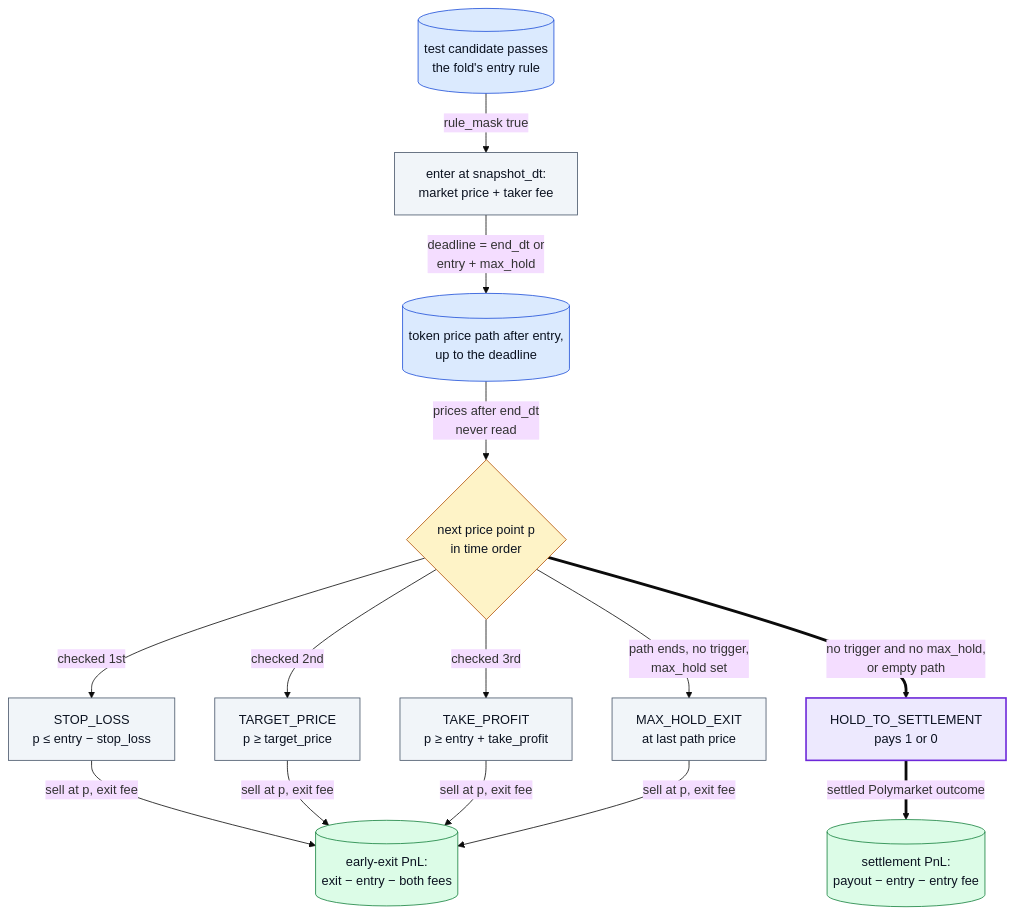
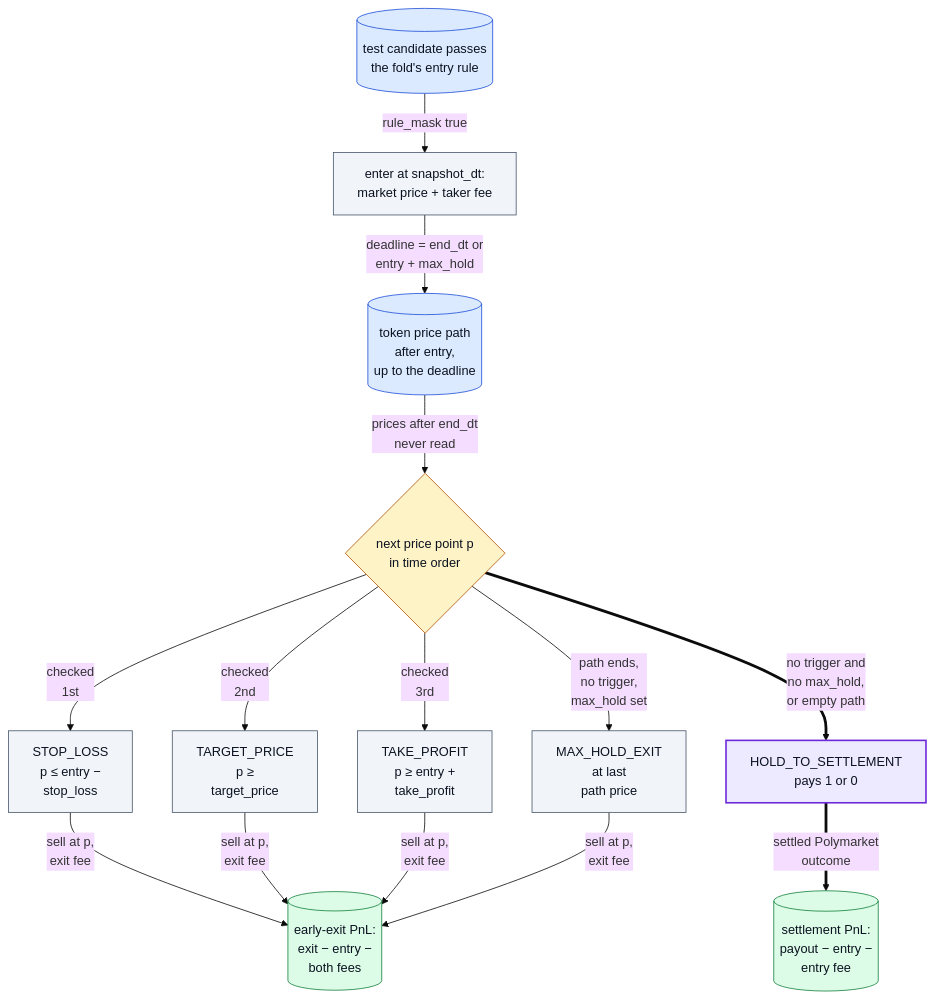
Before and after one commit to oscar-chw/Polymarket-Crypto-5min: the fourth of 4 diagrams in docs/DIAGRAMS.md, drawn with Mermaid (base theme). The commit also changed other lines of this file and 1 other file, not shown here.

Commit message:
docs: make diagrams legible at README width

````diff
--- a/docs/DIAGRAMS.md
+++ b/docs/DIAGRAMS.md
@@ -168,35 +165,35 @@
 ```mermaid
 flowchart TB
   E0[("test candidate passes<br/>the fold's entry rule")]:::data
   E1["enter at snapshot_dt:<br/>market price + taker fee"]:::step
-  PATH[("token price path after entry,<br/>up to the deadline")]:::data
+  PATH[("token price path<br/>after entry,<br/>up to the deadline")]:::data
   Q{"next price point p<br/>in time order"}:::gate
-  SL["STOP_LOSS<br/>p ≤ entry − stop_loss"]:::step
-  TG["TARGET_PRICE<br/>p ≥ target_price"]:::step
-  TP["TAKE_PROFIT<br/>p ≥ entry + take_profit"]:::step
-  MH["MAX_HOLD_EXIT<br/>at last path price"]:::step
+  SL["STOP_LOSS<br/>p ≤ entry −<br/>stop_loss"]:::step
+  TG["TARGET_PRICE<br/>p ≥<br/>target_price"]:::step
+  TP["TAKE_PROFIT<br/>p ≥ entry +<br/>take_profit"]:::step
+  MH["MAX_HOLD_EXIT<br/>at last<br/>path price"]:::step
   HS["HOLD_TO_SETTLEMENT<br/>pays 1 or 0"]:::key
-  X1[("early-exit PnL:<br/>exit − entry − both fees")]:::out
-  X2[("settlement PnL:<br/>payout − entry − entry fee")]:::out
+  X1[("early-exit PnL:<br/>exit − entry −<br/>both fees")]:::out
+  X2[("settlement PnL:<br/>payout − entry −<br/>entry fee")]:::out
 
   E0 -->|"rule_mask true"| E1
   E1 -->|"deadline = end_dt or<br/>entry + max_hold"| PATH
   PATH -->|"prices after end_dt<br/>never read"| Q
-  Q -->|"checked 1st"| SL
-  Q -->|"checked 2nd"| TG
-  Q -->|"checked 3rd"| TP
-  Q -->|"path ends, no trigger,<br/>max_hold set"| MH
-  Q ==>|"no trigger and no max_hold,<br/>or empty path"| HS
-  SL -->|"sell at p, exit fee"| X1
-  TG -->|"sell at p, exit fee"| X1
-  TP -->|"sell at p, exit fee"| X1
-  MH -->|"sell at p, exit fee"| X1
-  HS ==>|"settled Polymarket outcome"| X2
+  Q -->|"checked<br/>1st"| SL
+  Q -->|"checked<br/>2nd"| TG
+  Q -->|"checked<br/>3rd"| TP
+  Q -->|"path ends,<br/>no trigger,<br/>max_hold set"| MH
+  Q ==>|"no trigger and<br/>no max_hold,<br/>or empty path"| HS
+  SL -->|"sell at p,<br/>exit fee"| X1
+  TG -->|"sell at p,<br/>exit fee"| X1
+  TP -->|"sell at p,<br/>exit fee"| X1
+  MH -->|"sell at p,<br/>exit fee"| X1
+  HS ==>|"settled Polymarket<br/>outcome"| X2
 
   classDef data fill:#dbeafe,stroke:#1d4ed8,color:#0b1220
   classDef step fill:#f1f5f9,stroke:#475569,color:#0b1220
   classDef gate fill:#fef3c7,stroke:#b45309,color:#0b1220
   classDef out  fill:#dcfce7,stroke:#15803d,color:#0b1220
   classDef ext  fill:#f8fafc,stroke:#94a3b8,color:#0b1220,stroke-dasharray:4 3
   classDef key  fill:#ede9fe,stroke:#6d28d9,color:#0b1220,stroke-width:2px
 ```
````
